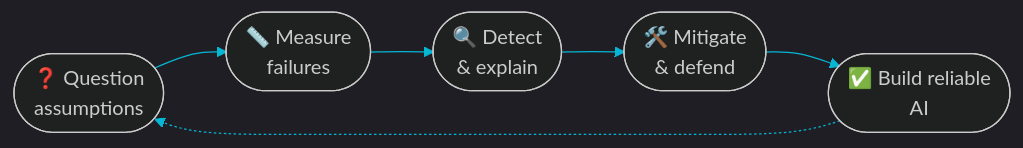
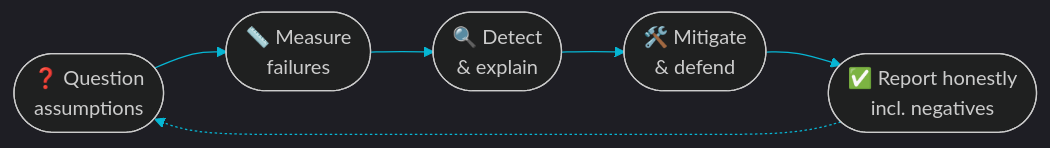
Before and after one commit to mihiit/mihiit: the diagram in README.md, drawn with Mermaid. The commit also changed other lines of this file, not shown here.

````diff
--- a/README.md
+++ b/README.md
@@ -143,9 +158,9 @@
 ```mermaid
 %%{init: {'theme':'dark','themeVariables':{'primaryColor':'#0B1727','primaryTextColor':'#E2F8FF','primaryBorderColor':'#22D3EE','lineColor':'#06B6D4','fontFamily':'monospace'}}}%%
 flowchart LR
     A([❓ Question<br/>assumptions]) --> B([📏 Measure<br/>failures])
     B --> C([🔍 Detect<br/>& explain])
     C --> D([🛠️ Mitigate<br/>& defend])
-    D --> E([✅ Build reliable<br/>AI])
+    D --> E([✅ Report honestly<br/>incl. negatives])
     E -.-> A
 ```
````
